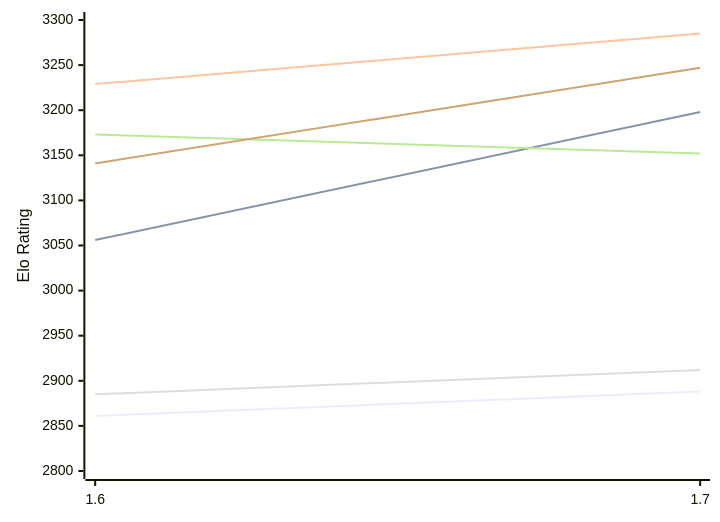
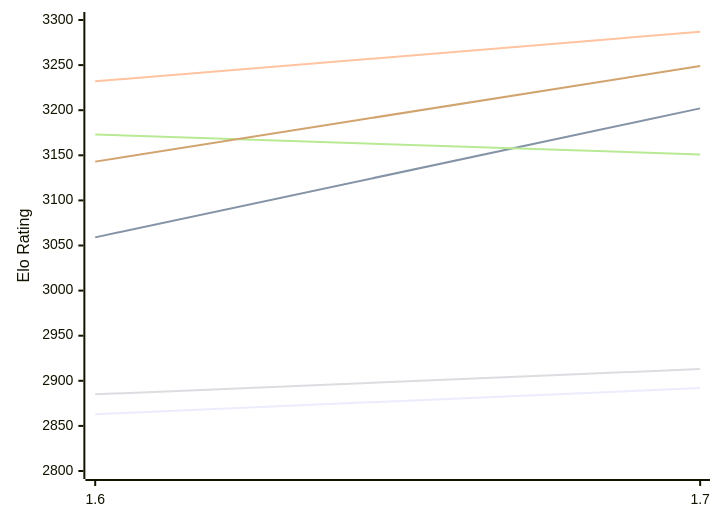
The first of 2 diagrams in engines/Bitbit.md (computer-chess-index/cci), drawn with Mermaid before and after one commit. The commit also changed other lines of this file, not shown here.

Commit message:
Update CCI Ratings (ELO VLTC) - 2026-11-22

````diff
--- a/engines/Bitbit.md
+++ b/engines/Bitbit.md
@@ -50,12 +50,12 @@
 ```mermaid
 %%{init: {"theme":"base","themeVariables":{"seriesColors:['#a3a3a3','#222221','#faa371']}}}%%
 xychart-beta
   x-axis ["1.6", "1.7"]
   y-axis "Elo Rating" 2800 --> 3300
-  line "E1: STC (8.0+0.08s)" [2861, 2888]
-  line "E1: LTC (60.0+0.60s)" [3056, 3198]
-  line "E1: VLTC (2m24s+1.12s)" [3229, 3285]
-  line "P1: STC (8.0+0.08s)" [2885, 2912]
-  line "P1: LTC (60.0+0.60s)" [3173, 3152]
-  line "P1: VLTC (2m24s+1.12s)" [3141, 3247]
+  line "E1: STC (8.0+0.08s)" [2863, 2892]
+  line "E1: LTC (60.0+0.60s)" [3059, 3202]
+  line "E1: VLTC (2m24s+1.12s)" [3232, 3287]
+  line "P1: STC (8.0+0.08s)" [2885, 2913]
+  line "P1: LTC (60.0+0.60s)" [3173, 3151]
+  line "P1: VLTC (2m24s+1.12s)" [3143, 3249]
 ```
````
